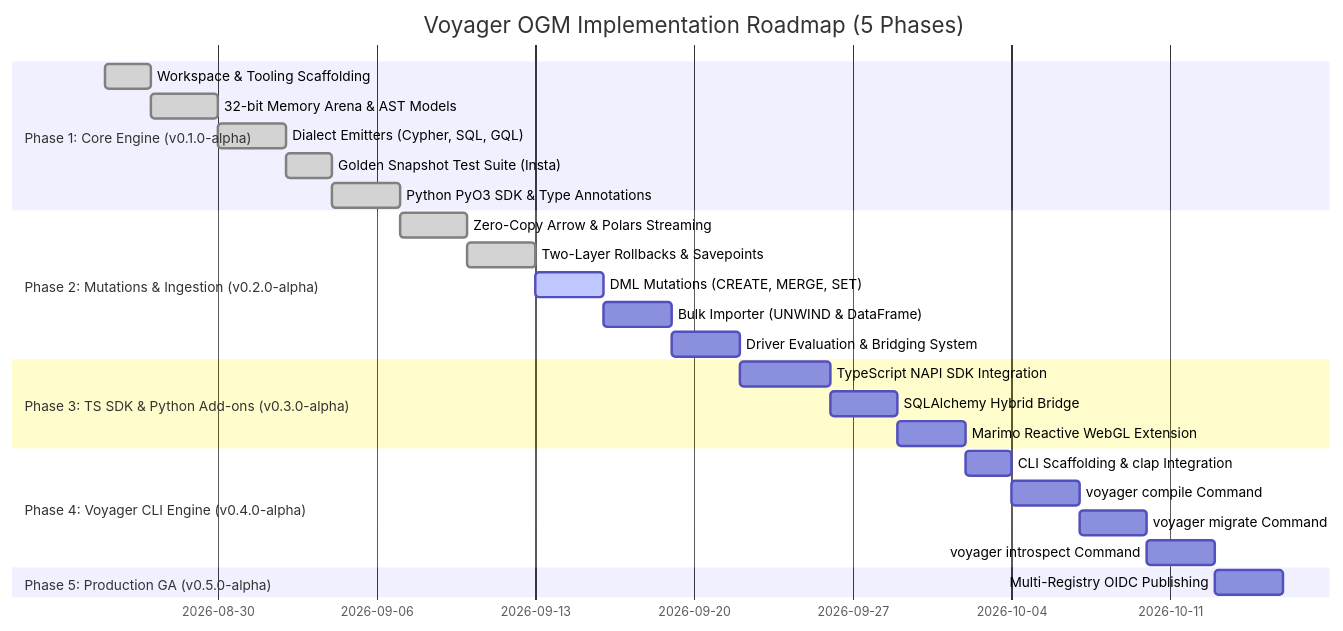
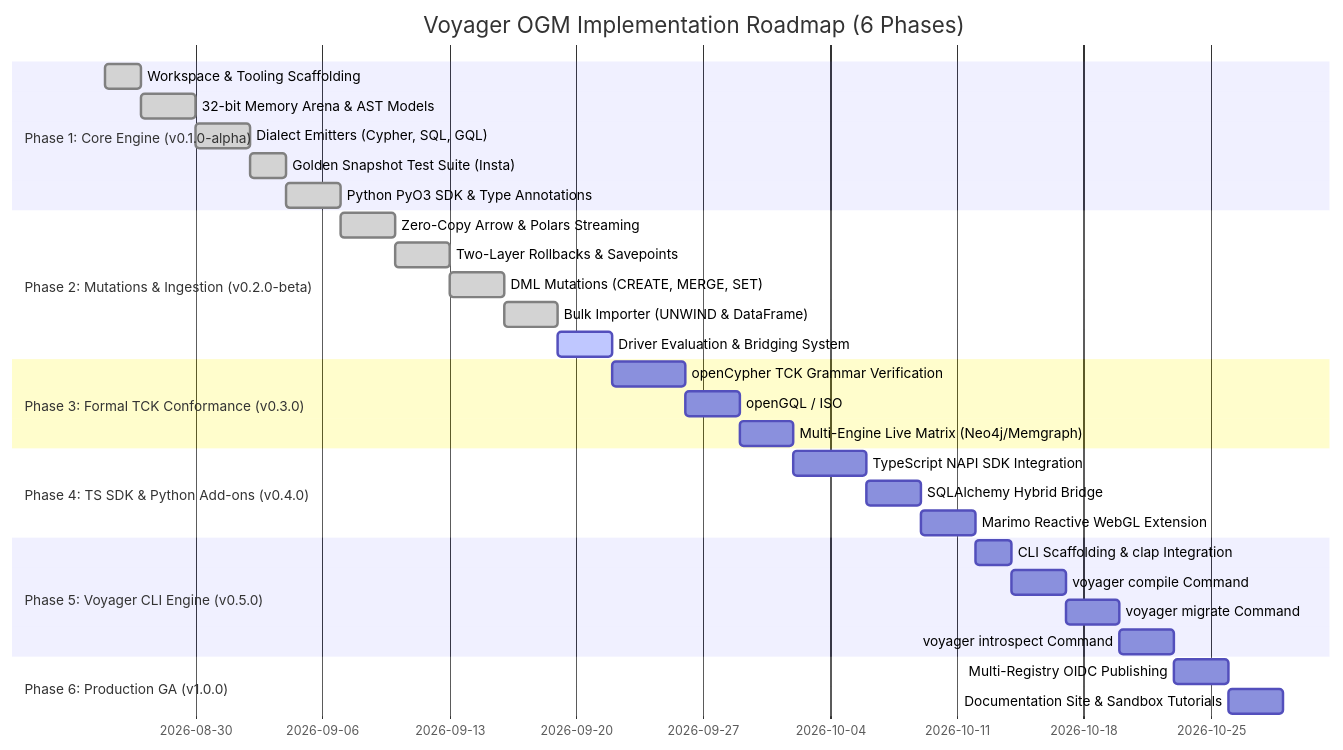
Before and after one commit to tanishq-kumar/voyager-ogm: the diagram in README.md, drawn with Mermaid. The commit also changed other lines of this file, not shown here.

````diff
--- a/README.md
+++ b/README.md
@@ -41,28 +41,33 @@
 ```mermaid
 gantt
-    title Voyager OGM Implementation Roadmap (5 Phases)
+    title Voyager OGM Implementation Roadmap (6 Phases)
     dateFormat  YYYY-MM-DD
     section Phase 1: Core Engine (v0.1.0-alpha)
     Workspace & Tooling Scaffolding       :done, p1_1, 2026-08-25, 2d
     32-bit Memory Arena & AST Models      :done, p1_2, after p1_1, 3d
     Dialect Emitters (Cypher, SQL, GQL)   :done, p1_3, after p1_2, 3d
     Golden Snapshot Test Suite (Insta)    :done, p1_4, after p1_3, 2d
     Python PyO3 SDK & Type Annotations    :done, p1_5, after p1_4, 3d
-    section Phase 2: Mutations & Ingestion (v0.2.0-alpha)
+    section Phase 2: Mutations & Ingestion (v0.2.0-beta)
     Zero-Copy Arrow & Polars Streaming    :done, p2_1, after p1_5, 3d
     Two-Layer Rollbacks & Savepoints      :done, p2_2, after p2_1, 3d
-    DML Mutations (CREATE, MERGE, SET)    :active, p2_3, after p2_2, 3d
-    Bulk Importer (UNWIND & DataFrame)    :p2_4, after p2_3, 3d
-    Driver Evaluation & Bridging System   :p2_5, after p2_4, 3d
-    section Phase 3: TS SDK & Python Add-ons (v0.3.0-alpha)
-    TypeScript NAPI SDK Integration       :p3_1, after p2_5, 4d
-    SQLAlchemy Hybrid Bridge              :p3_2, after p3_1, 3d
-    Marimo Reactive WebGL Extension       :p3_3, after p3_2, 3d
-    section Phase 4: Voyager CLI Engine (v0.4.0-alpha)
-    CLI Scaffolding & clap Integration    :p4_1, after p3_3, 2d
-    voyager compile Command               :p4_2, after p4_1, 3d
-    voyager migrate Command               :p4_3, after p4_2, 3d
-    voyager introspect Command            :p4_4, after p4_3, 3d
-    section Phase 5: Production GA (v0.5.0-alpha)
-    Multi-Registry OIDC Publishing        :p5_1, after p4_4, 3d
+    DML Mutations (CREATE, MERGE, SET)    :done, p2_3, after p2_2, 3d
+    Bulk Importer (UNWIND & DataFrame)    :done, p2_4, after p2_3, 3d
+    Driver Evaluation & Bridging System   :active, p2_5, after p2_4, 3d
+    section Phase 3: Formal TCK Conformance (v0.3.0)
+    openCypher TCK Grammar Verification   :p3_1, after p2_5, 4d
+    openGQL / ISO:IEC 39075 TCK Harness   :p3_2, after p3_1, 3d
+    Multi-Engine Live Matrix (Neo4j/Memgraph) :p3_3, after p3_2, 3d
+    section Phase 4: TS SDK & Python Add-ons (v0.4.0)
+    TypeScript NAPI SDK Integration       :p4_1, after p3_3, 4d
+    SQLAlchemy Hybrid Bridge              :p4_2, after p4_1, 3d
+    Marimo Reactive WebGL Extension       :p4_3, after p4_2, 3d
+    section Phase 5: Voyager CLI Engine (v0.5.0)
+    CLI Scaffolding & clap Integration    :p5_1, after p4_3, 2d
+    voyager compile Command               :p5_2, after p5_1, 3d
+    voyager migrate Command               :p5_3, after p5_2, 3d
+    voyager introspect Command            :p5_4, after p5_3, 3d
+    section Phase 6: Production GA (v1.0.0)
+    Multi-Registry OIDC Publishing        :p6_1, after p5_4, 3d
+    Documentation Site & Sandbox Tutorials:p6_2, after p6_1, 3d
 ```
````
